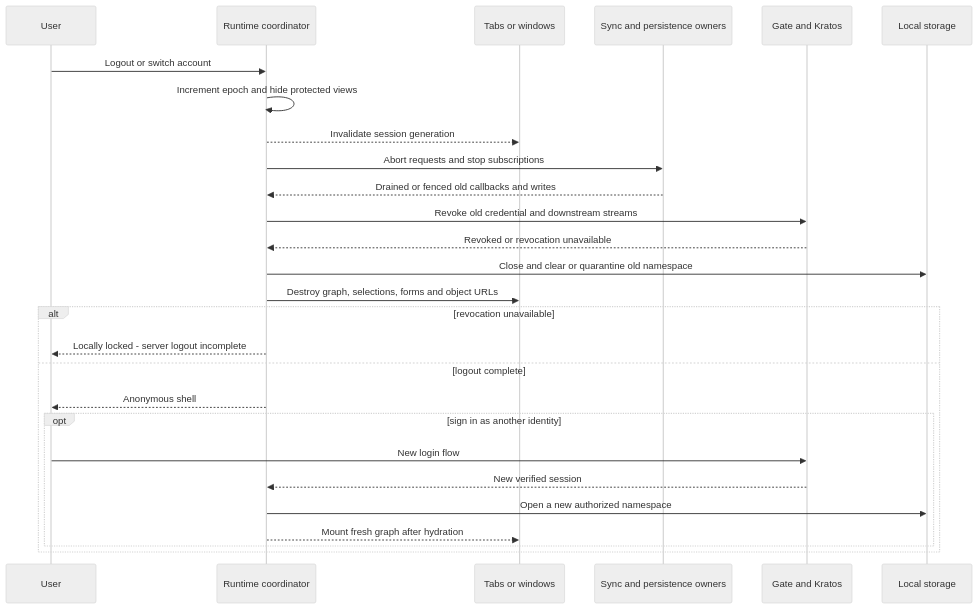
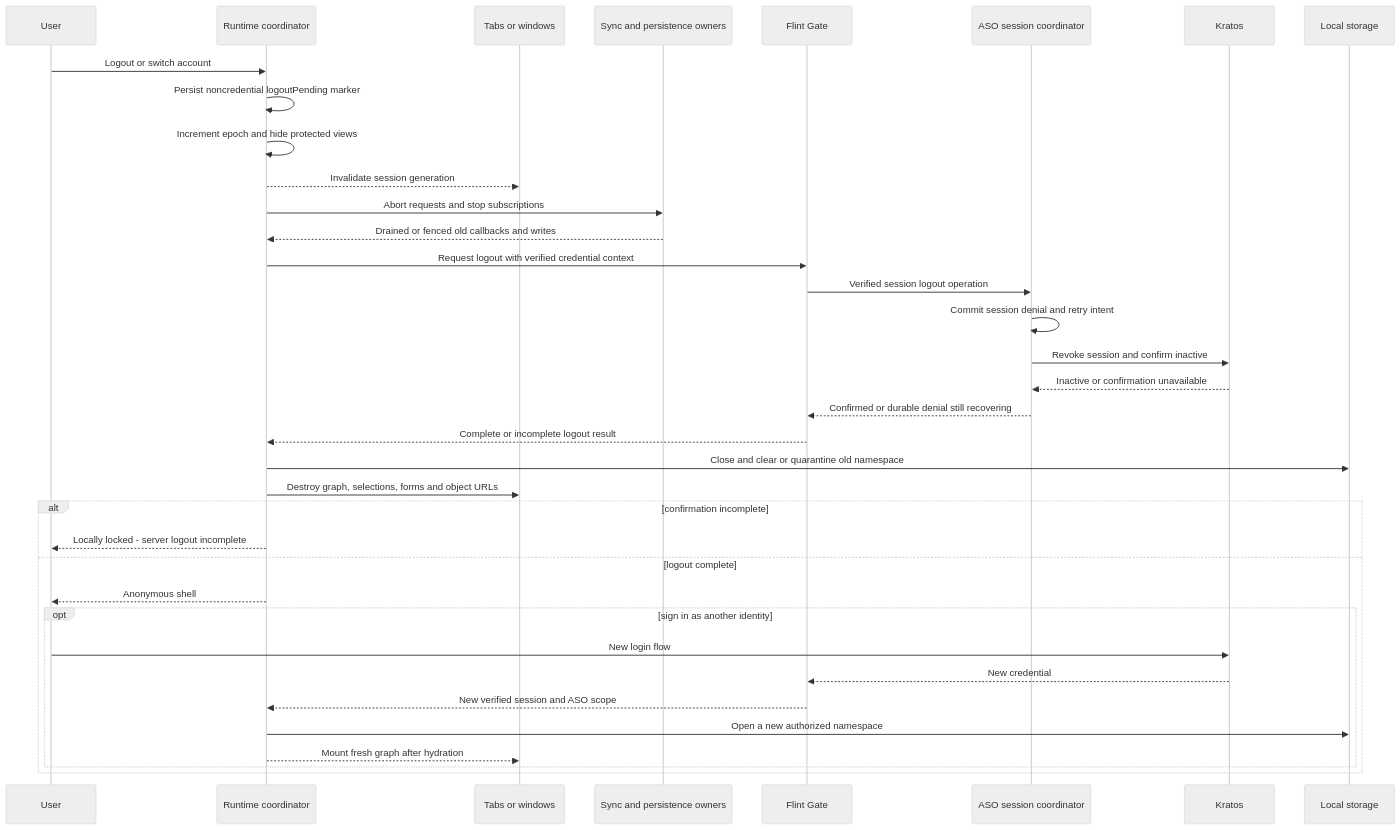
Before and after one commit to tribe-health/prior-auth: the fifth of 6 diagrams in docs/architecture/application-runtime-architecture.md, drawn with Mermaid (neutral theme). The commit also changed other lines of this file and 760 other files, not shown here.

````diff
--- a/docs/architecture/application-runtime-architecture.md
+++ b/docs/architecture/application-runtime-architecture.md
@@ -339,29 +389,38 @@
 ```mermaid
 sequenceDiagram
   participant User
   participant R as Runtime coordinator
   participant Views as Tabs or windows
   participant Sync as Sync and persistence owners
-  participant Auth as Gate and Kratos
+  participant Gate as Flint Gate
+  participant ASO as ASO session coordinator
+  participant K as Kratos
   participant DB as Local storage
   User->>R: Logout or switch account
+  R->>R: Persist noncredential logoutPending marker
   R->>R: Increment epoch and hide protected views
   R-->>Views: Invalidate session generation
   R->>Sync: Abort requests and stop subscriptions
   Sync-->>R: Drained or fenced old callbacks and writes
-  R->>Auth: Revoke old credential and downstream streams
-  Auth-->>R: Revoked or revocation unavailable
+  R->>Gate: Request logout with verified credential context
+  Gate->>ASO: Verified session logout operation
+  ASO->>ASO: Commit session denial and retry intent
+  ASO->>K: Revoke session and confirm inactive
+  K-->>ASO: Inactive or confirmation unavailable
+  ASO-->>Gate: Confirmed or durable denial still recovering
+  Gate-->>R: Complete or incomplete logout result
   R->>DB: Close and clear or quarantine old namespace
   R->>Views: Destroy graph, selections, forms and object URLs
-  alt revocation unavailable
+  alt confirmation incomplete
     R-->>User: Locally locked - server logout incomplete
   else logout complete
     R-->>User: Anonymous shell
     opt sign in as another identity
-      User->>Auth: New login flow
-      Auth-->>R: New verified session
+      User->>K: New login flow
+      K-->>Gate: New credential
+      Gate-->>R: New verified session and ASO scope
       R->>DB: Open a new authorized namespace
       R-->>Views: Mount fresh graph after hydration
     end
   end
 ```
````
